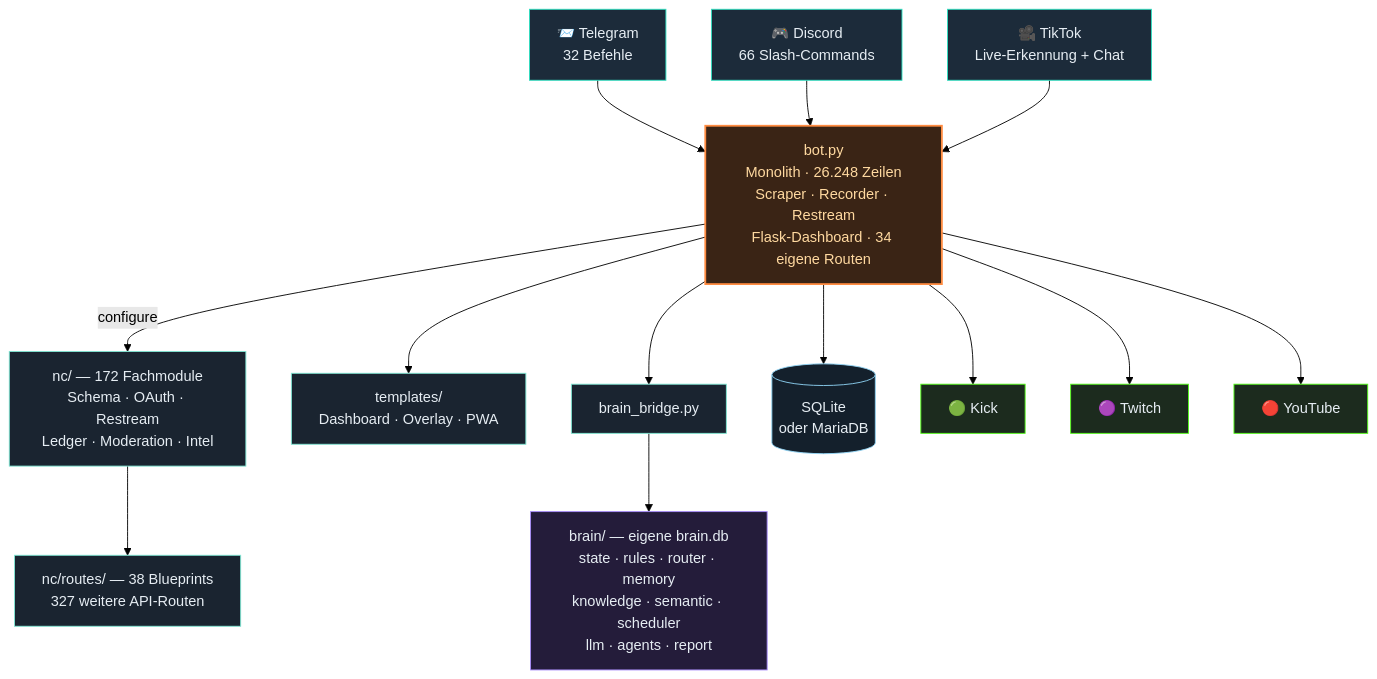
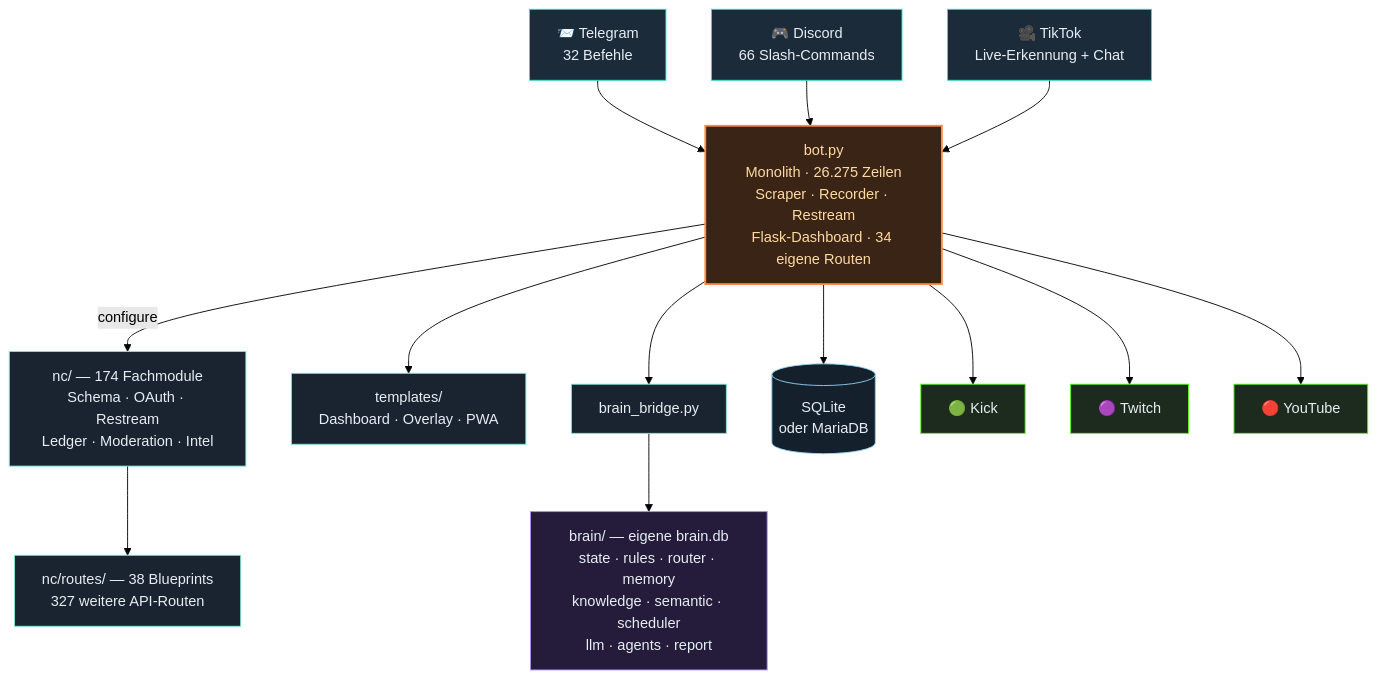
The third of 4 diagrams in README.md (itsamemedev/Telegram-Stream-Info-Bot), drawn with Mermaid (forest theme) before and after one commit. The commit also changed other lines of this file and 24 other files, not shown here.

````diff
--- a/README.md
+++ b/README.md
@@ -212,30 +212,30 @@
 ```mermaid
 flowchart TB
     TG["📨 Telegram<br/>32 Befehle"]:::ein
     DC["🎮 Discord<br/>66 Slash-Commands"]:::ein
     TT["🎥 TikTok<br/>Live-Erkennung + Chat"]:::ein
 
     TG --> BOT
     DC --> BOT
     TT --> BOT
 
-    BOT["bot.py<br/>Monolith · 26.248 Zeilen<br/>Scraper · Recorder · Restream<br/>Flask-Dashboard · 34 eigene Routen"]:::core
+    BOT["bot.py<br/>Monolith · 26.275 Zeilen<br/>Scraper · Recorder · Restream<br/>Flask-Dashboard · 34 eigene Routen"]:::core
 
-    BOT -->|configure| NC["nc/ — 172 Fachmodule<br/>Schema · OAuth · Restream<br/>Ledger · Moderation · Intel"]:::lib
+    BOT -->|configure| NC["nc/ — 174 Fachmodule<br/>Schema · OAuth · Restream<br/>Ledger · Moderation · Intel"]:::lib
     NC --> RT["nc/routes/ — 38 Blueprints<br/>327 weitere API-Routen"]:::lib
     BOT --> TPL["templates/<br/>Dashboard · Overlay · PWA"]:::lib
     BOT --> BR["brain_bridge.py"]:::lib
     BR --> BRAIN["brain/ — eigene brain.db<br/>state · rules · router · memory<br/>knowledge · semantic · scheduler<br/>llm · agents · report"]:::brain
     BOT --> DB[("SQLite<br/>oder MariaDB")]:::db
 
     BOT --> KICK["🟢 Kick"]:::out
     BOT --> TW["🟣 Twitch"]:::out
     BOT --> YT["🔴 YouTube"]:::out
 
     classDef ein fill:#1c2b3a,stroke:#2de1c2,color:#e6edf3
     classDef core fill:#3a2415,stroke:#ff8c42,stroke-width:2px,color:#ffd9a0
     classDef lib fill:#1a2430,stroke:#7fe7d4,color:#e6edf3
     classDef brain fill:#241c3a,stroke:#a78bfa,color:#e6edf3
     classDef db fill:#14202c,stroke:#8fd3f4,color:#e6edf3
     classDef out fill:#1c2b1e,stroke:#53fc18,color:#e6edf3
 ```
````
